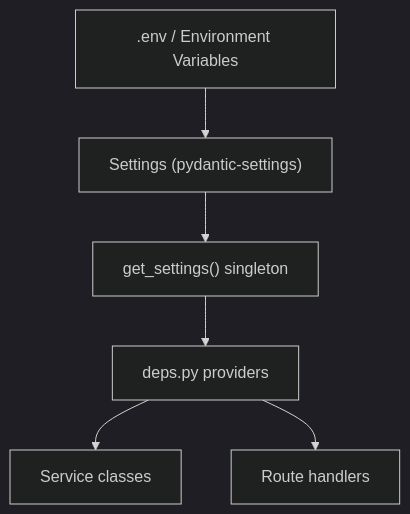
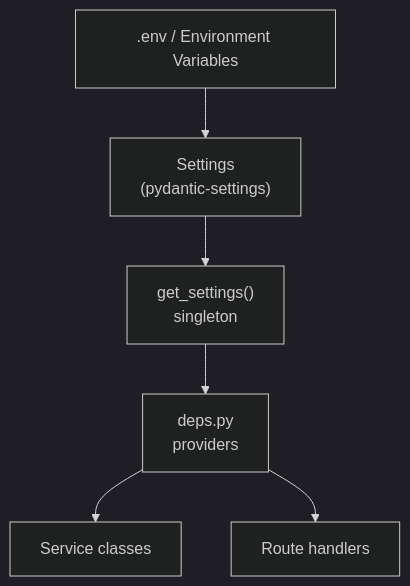
Before and after one commit to XUranus/ibkr-dash: the diagram in wiki/docs/backend/config.md, drawn with Mermaid (dark theme). The commit also changed other lines of this file and 89 other files, not shown here.

First line of the commit message:
docs: enhance wiki with mermaid diagrams, code snippets, and i18n

````diff
--- a/wiki/docs/backend/config.md
+++ b/wiki/docs/backend/config.md
@@ -134,15 +155,15 @@
 ```mermaid
 flowchart TD
     ENV[".env / Environment Variables"]
-    Settings["Settings (pydantic-settings)"]
-    get_settings["get_settings() singleton"]
-    deps["deps.py providers"]
+    Settings["Settings<br/>(pydantic-settings)"]
+    get_settings["get_settings()<br/>singleton"]
+    deps["deps.py<br/>providers"]
     Services["Service classes"]
     Routes["Route handlers"]
 
     ENV --> Settings
     Settings --> get_settings
     get_settings --> deps
     deps --> Services
     deps --> Routes
 ```
````
